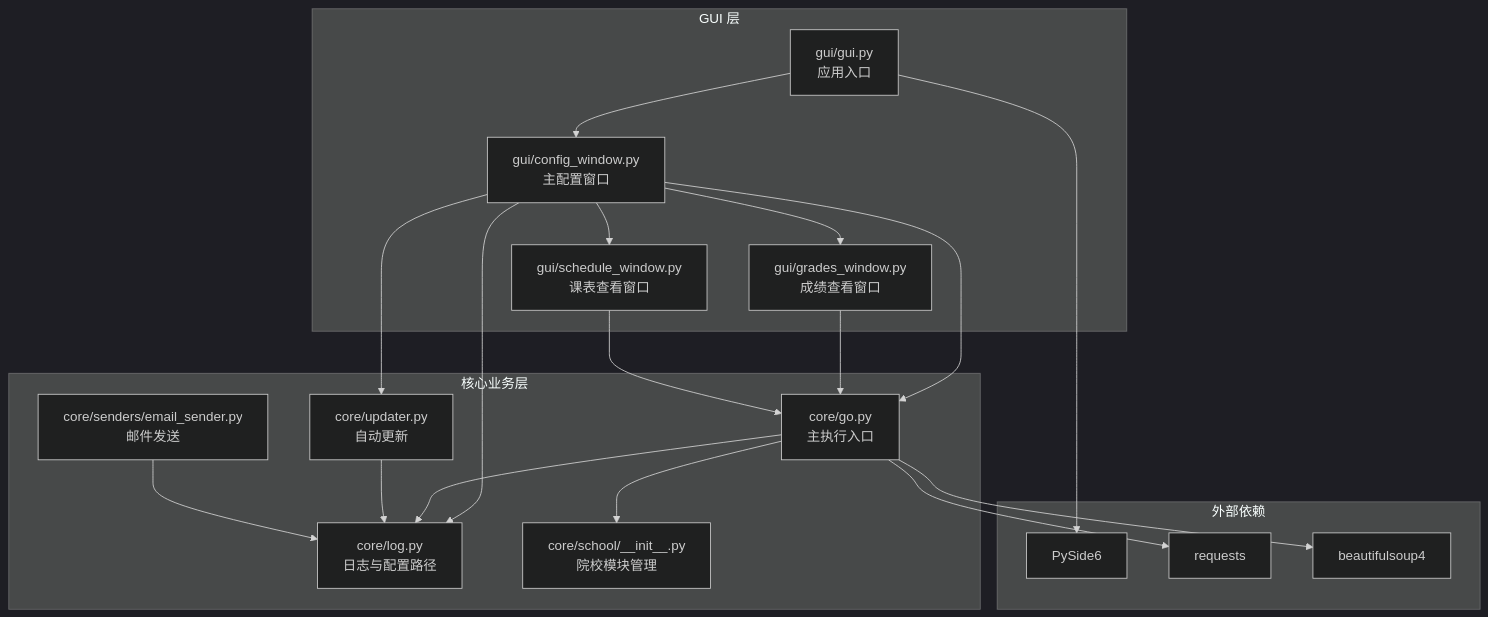
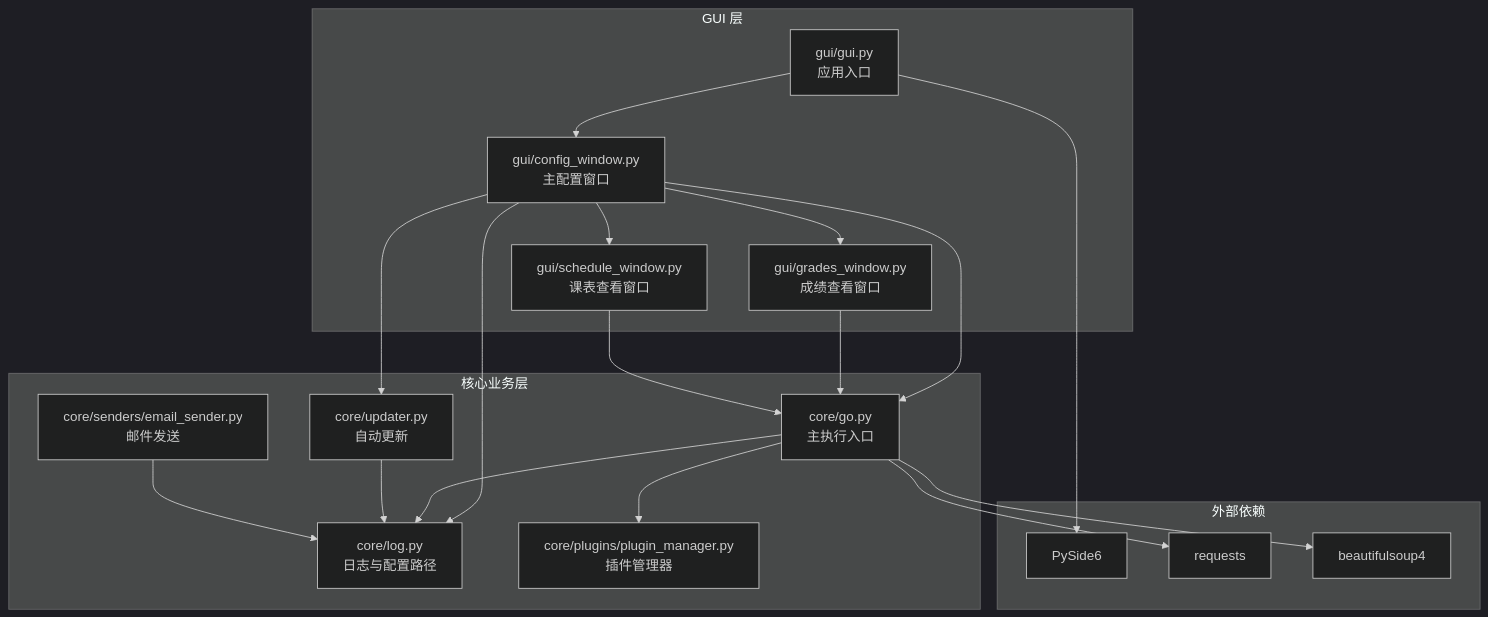
The first of 7 diagrams in .wiki/zh/content/图形用户界面/主窗口与应用入口.md (pjnt9372/Capture_Push), drawn with Mermaid (dark theme) before and after one commit. The commit also changed other lines of this file and 37 other files, not shown here.

````diff
--- a/.wiki/zh/content/图形用户界面/主窗口与应用入口.md
+++ b/.wiki/zh/content/图形用户界面/主窗口与应用入口.md
@@ -45,36 +45,36 @@
 ```mermaid
 graph TB
 subgraph "GUI 层"
 GUIEntry["gui/gui.py<br/>应用入口"]
 ConfigWin["gui/config_window.py<br/>主配置窗口"]
 GradesWin["gui/grades_window.py<br/>成绩查看窗口"]
 ScheduleWin["gui/schedule_window.py<br/>课表查看窗口"]
 end
 subgraph "核心业务层"
 GoMain["core/go.py<br/>主执行入口"]
 LogMgr["core/log.py<br/>日志与配置路径"]
-SchoolMod["core/school/__init__.py<br/>院校模块管理"]
+SchoolMod["core/plugins/plugin_manager.py<br/>插件管理器"]
 Updater["core/updater.py<br/>自动更新"]
 EmailSender["core/senders/email_sender.py<br/>邮件发送"]
 end
 subgraph "外部依赖"
 PySide6["PySide6"]
 Requests["requests"]
 BS4["beautifulsoup4"]
 end
 GUIEntry --> ConfigWin
 ConfigWin --> GradesWin
 ConfigWin --> ScheduleWin
 ConfigWin --> GoMain
 ConfigWin --> Updater
 ConfigWin --> LogMgr
 GradesWin --> GoMain
 ScheduleWin --> GoMain
 GoMain --> SchoolMod
 GoMain --> LogMgr
 Updater --> LogMgr
 EmailSender --> LogMgr
 GUIEntry --> PySide6
 GoMain --> Requests
 GoMain --> BS4
 ```
````
